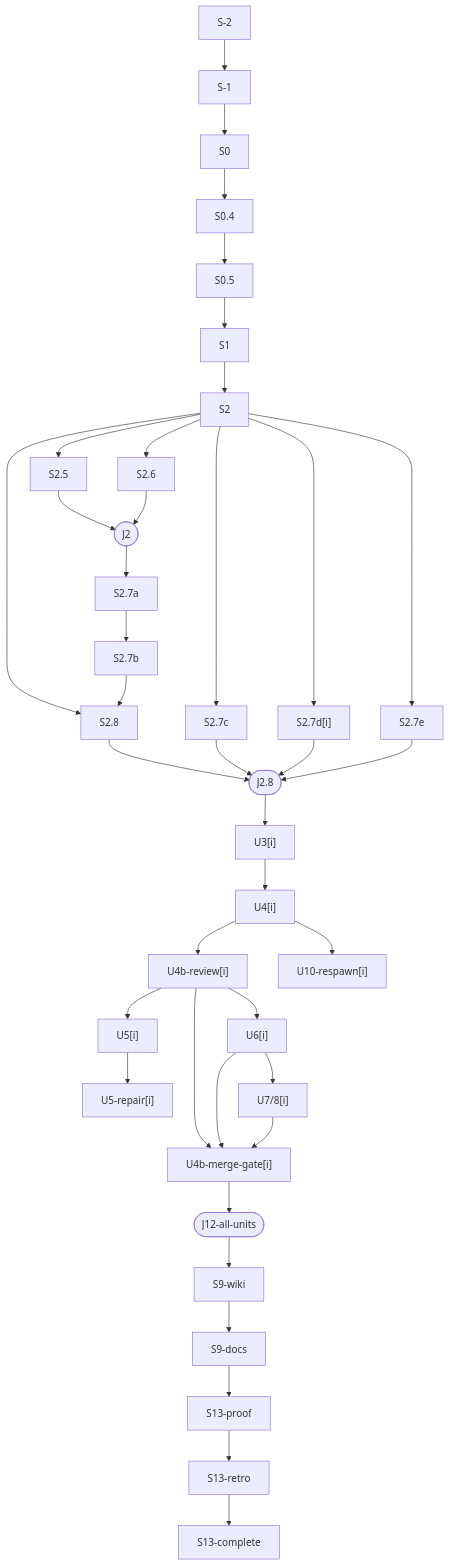
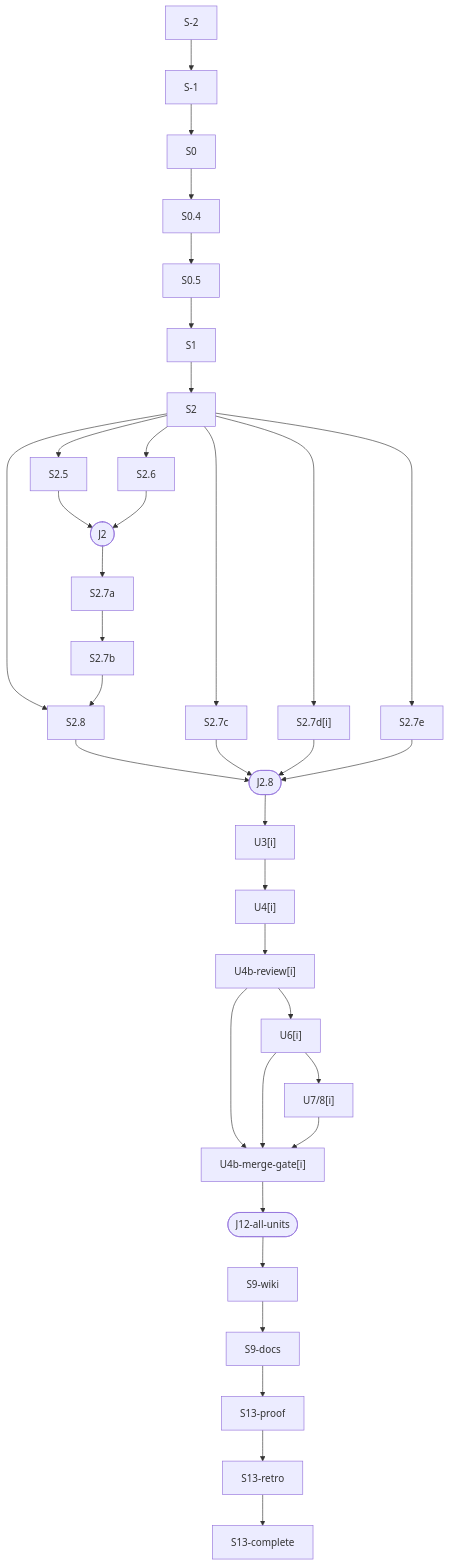
Before and after one commit to blueman82/coderails: the diagram in skills/agentic-loop/execution-graph.md, drawn with Mermaid. The commit also changed other lines of this file and 20 other files, not shown here.

Commit message:
Close FULL graph repair path in A4 spec adapters

````diff
--- a/skills/agentic-loop/execution-graph.md
+++ b/skills/agentic-loop/execution-graph.md
@@ -121,73 +126,67 @@
 ```mermaid
 flowchart TD
     n_S_2["S-2"]
     n_S_1["S-1"]
     n_S0["S0"]
     n_S0_4["S0.4"]
     n_S0_5["S0.5"]
     n_S1["S1"]
     n_S2["S2"]
     n_S2_5["S2.5"]
     n_S2_6["S2.6"]
     n_J2(["J2"])
     n_S2_7a["S2.7a"]
     n_S2_7b["S2.7b"]
     n_S2_7c["S2.7c"]
     n_S2_7d_i_["S2.7d[i]"]
     n_S2_7e["S2.7e"]
     n_S2_8["S2.8"]
     n_J2_8(["J2.8"])
     n_U3_i_["U3[i]"]
     n_U4_i_["U4[i]"]
     n_U4b_review_i_["U4b-review[i]"]
-    n_U5_i_["U5[i]"]
-    n_U5_repair_i_["U5-repair[i]"]
     n_U6_i_["U6[i]"]
     n_U7_8_i_["U7/8[i]"]
     n_U4b_merge_gate_i_["U4b-merge-gate[i]"]
-    n_U10_respawn_i_["U10-respawn[i]"]
     n_J12_all_units(["J12-all-units"])
     n_S9_wiki["S9-wiki"]
     n_S9_docs["S9-docs"]
     n_S13_proof["S13-proof"]
     n_S13_retro["S13-retro"]
     n_S13_complete["S13-complete"]
     n_S_2 --> n_S_1
     n_S_1 --> n_S0
     n_S0 --> n_S0_4
     n_S0_4 --> n_S0_5
     n_S0_5 --> n_S1
     n_S1 --> n_S2
     n_S2 --> n_S2_5
     n_S2 --> n_S2_6
     n_S2_5 --> n_J2
     n_S2_6 --> n_J2
     n_J2 --> n_S2_7a
     n_S2_7a --> n_S2_7b
     n_S2 --> n_S2_7c
     n_S2 --> n_S2_7d_i_
     n_S2 --> n_S2_7e
     n_S2 --> n_S2_8
     n_S2_7b --> n_S2_8
     n_S2_8 --> n_J2_8
     n_S2_7c --> n_J2_8
     n_S2_7d_i_ --> n_J2_8
     n_S2_7e --> n_J2_8
     n_J2_8 --> n_U3_i_
     n_U3_i_ --> n_U4_i_
     n_U4_i_ --> n_U4b_review_i_
-    n_U4b_review_i_ --> n_U5_i_
-    n_U5_i_ --> n_U5_repair_i_
     n_U4b_review_i_ --> n_U6_i_
     n_U6_i_ --> n_U7_8_i_
     n_U4b_review_i_ --> n_U4b_merge_gate_i_
     n_U6_i_ --> n_U4b_merge_gate_i_
     n_U7_8_i_ --> n_U4b_merge_gate_i_
-    n_U4_i_ --> n_U10_respawn_i_
     n_U4b_merge_gate_i_ --> n_J12_all_units
     n_J12_all_units --> n_S9_wiki
     n_S9_wiki --> n_S9_docs
     n_S9_docs --> n_S13_proof
     n_S13_proof --> n_S13_retro
     n_S13_retro --> n_S13_complete
 ```
````
